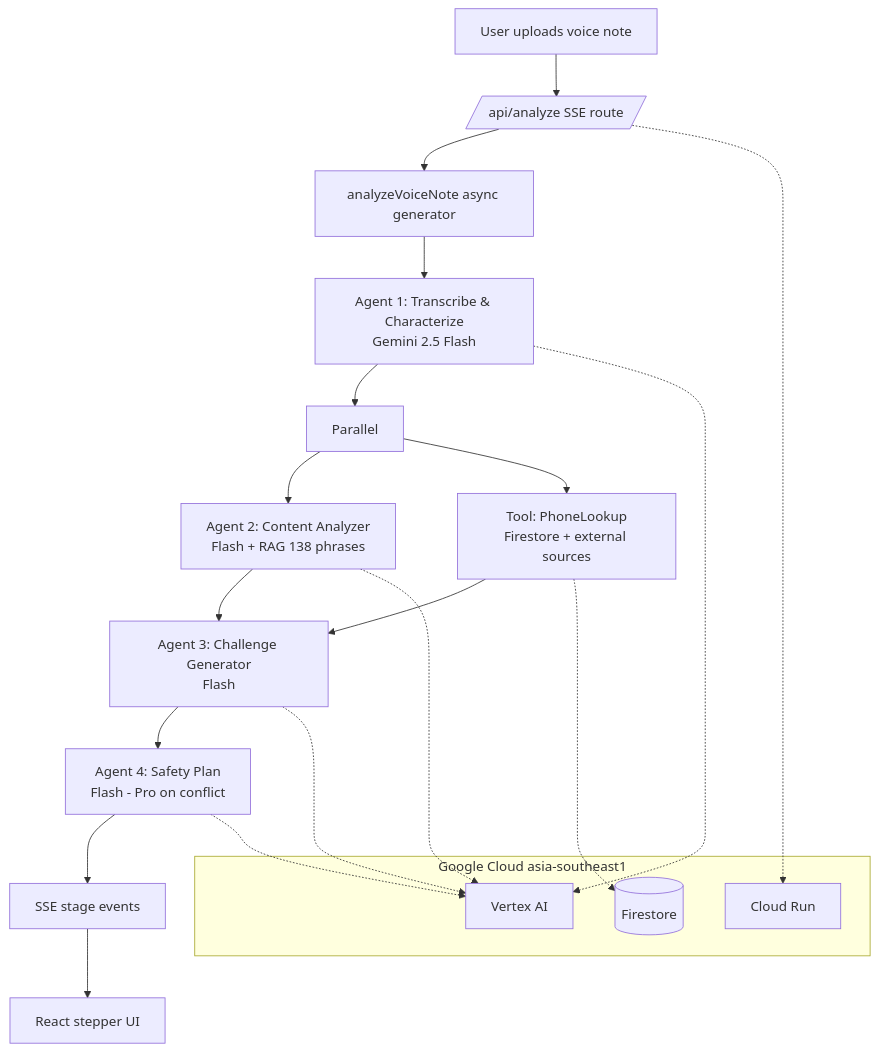
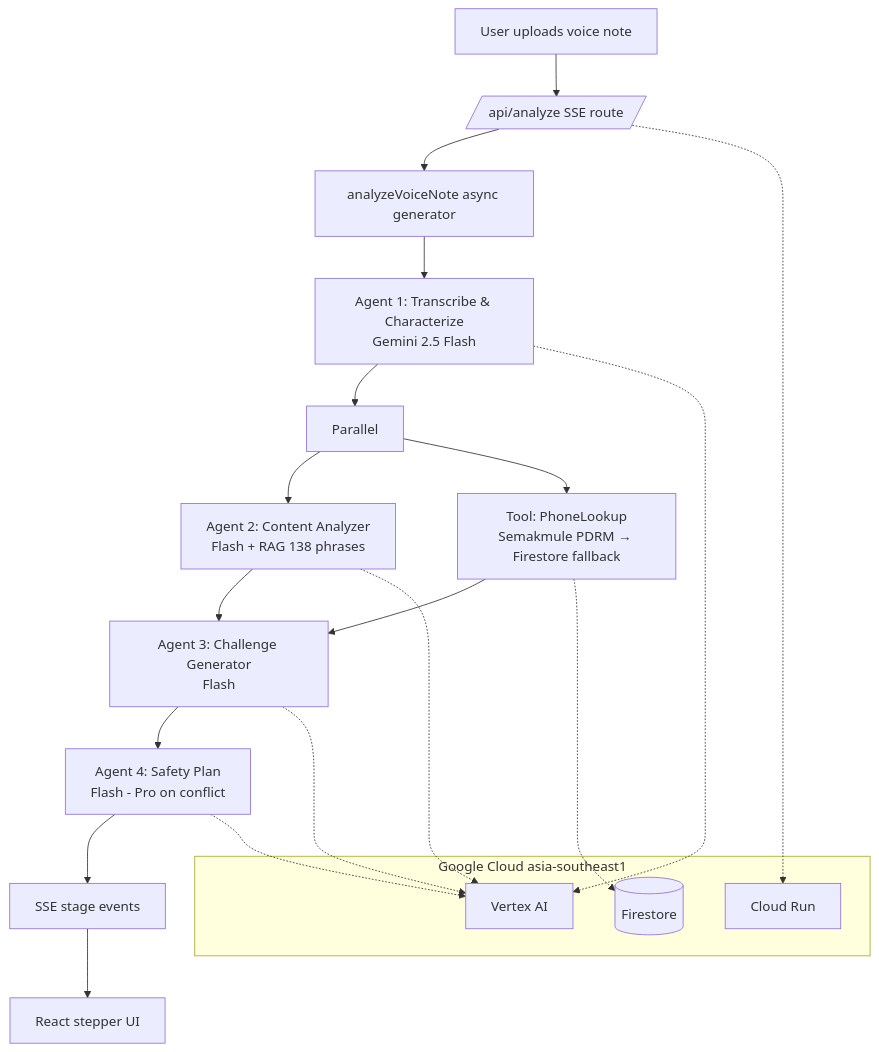
The diagram in README.md (moshcat/dengardulu), drawn with Mermaid before and after one commit. The commit also changed other lines of this file and 3 other files, not shown here.

First line of the commit message:
feat(phone-lookup): integrate Semakmule PDRM live API for phone reputation

````diff
--- a/README.md
+++ b/README.md
@@ -49,28 +49,28 @@
 ```mermaid
 flowchart TB
     U[User uploads voice note] --> API[/api/analyze SSE route/]
     API --> Flow[analyzeVoiceNote async generator]
 
     Flow --> A1[Agent 1: Transcribe & Characterize<br/>Gemini 2.5 Flash]
     A1 --> Par[Parallel]
     Par --> A2[Agent 2: Content Analyzer<br/>Flash + RAG 138 phrases]
-    Par --> T1[Tool: PhoneLookup<br/>Firestore + external sources]
+    Par --> T1[Tool: PhoneLookup<br/>Semakmule PDRM → Firestore fallback]
     A2 --> A3[Agent 3: Challenge Generator<br/>Flash]
     T1 --> A3
     A3 --> A4[Agent 4: Safety Plan<br/>Flash - Pro on conflict]
     A4 --> Stream[SSE stage events]
     Stream --> UI[React stepper UI]
 
     subgraph Google Cloud asia-southeast1
       VAI[Vertex AI]
       FS[(Firestore)]
       CR[Cloud Run]
     end
 
     A1 -.-> VAI
     A2 -.-> VAI
     A3 -.-> VAI
     A4 -.-> VAI
     T1 -.-> FS
     API -.-> CR
 ```
````
